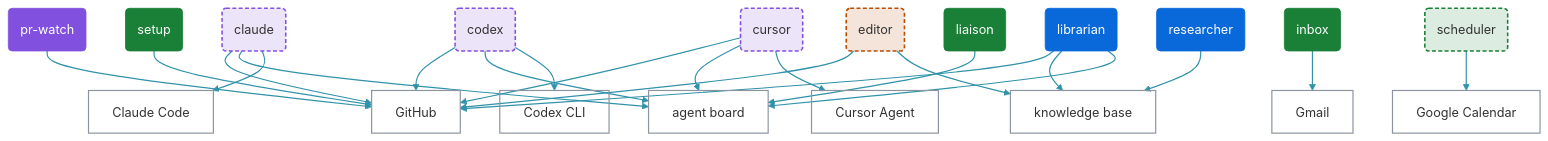
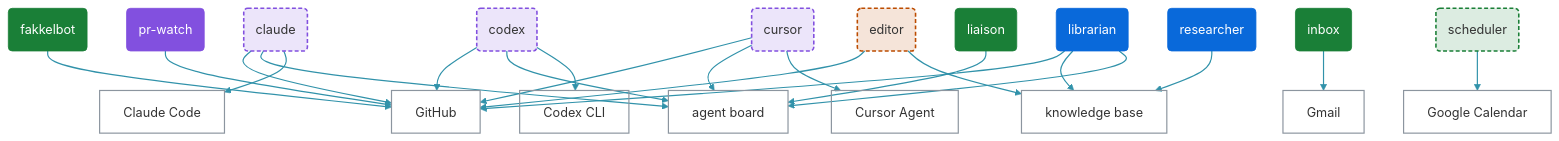
Before and after one commit to dfakkeldy/fakkelbot: the second of 2 diagrams in docs/bot-chart.md, drawn with Mermaid. The commit also changed other lines of this file and 31 other files, not shown here.

First line of the commit message:
feat: rename the setup bot to fakkelbot (#24)

````diff
--- a/docs/bot-chart.md
+++ b/docs/bot-chart.md
@@ -88,58 +88,58 @@
 ```mermaid
 %%{init: {"flowchart": {"curve": "basis"}}}%%
 flowchart TB
     bot_claude("claude")
     bot_codex("codex")
     bot_cursor("cursor")
     bot_editor("editor")
+    bot_fakkelbot("fakkelbot")
     bot_inbox("inbox")
     bot_liaison("liaison")
     bot_librarian("librarian")
     bot_pr_watch("pr-watch")
     bot_researcher("researcher")
     bot_scheduler("scheduler")
-    bot_setup("setup")
     sys_github["GitHub"]
     sys_kb["knowledge base"]
     sys_board["agent board"]
     sys_gmail["Gmail"]
     sys_gcal["Google Calendar"]
     sys_claude_cli["Claude Code"]
     sys_cursor_cli["Cursor Agent"]
     sys_codex_cli["Codex CLI"]
     bot_claude --> sys_github
     bot_claude --> sys_board
     bot_claude --> sys_claude_cli
     bot_codex --> sys_github
     bot_codex --> sys_board
     bot_codex --> sys_codex_cli
     bot_cursor --> sys_github
     bot_cursor --> sys_board
     bot_cursor --> sys_cursor_cli
     bot_editor --> sys_github
     bot_editor --> sys_kb
+    bot_fakkelbot --> sys_github
     bot_inbox --> sys_gmail
     bot_liaison --> sys_board
     bot_librarian --> sys_github
     bot_librarian --> sys_kb
     bot_librarian --> sys_board
     bot_pr_watch --> sys_github
     bot_researcher --> sys_kb
     bot_scheduler --> sys_gcal
-    bot_setup --> sys_github
     classDef builders_optional fill:#8250df26,stroke:#8250df,stroke-width:2px,stroke-dasharray:5 3
     class bot_claude,bot_codex,bot_cursor builders_optional
     classDef content_optional fill:#bc4c0026,stroke:#bc4c00,stroke-width:2px,stroke-dasharray:5 3
     class bot_editor content_optional
     classDef daily_life fill:#1a7f37,stroke:#1a7f37,color:#ffffff
-    class bot_inbox,bot_liaison,bot_setup daily_life
+    class bot_fakkelbot,bot_inbox,bot_liaison daily_life
     classDef work fill:#0969da,stroke:#0969da,color:#ffffff
     class bot_librarian,bot_researcher work
     classDef builders fill:#8250df,stroke:#8250df,color:#ffffff
     class bot_pr_watch builders
     classDef daily_life_optional fill:#1a7f3726,stroke:#1a7f37,stroke-width:2px,stroke-dasharray:5 3
     class bot_scheduler daily_life_optional
     classDef system fill:transparent,stroke:#8c959f,stroke-width:1.5px
     class sys_github,sys_kb,sys_board,sys_gmail,sys_gcal,sys_claude_cli,sys_cursor_cli,sys_codex_cli system
     linkStyle 0,1,2,3,4,5,6,7,8,9,10,11,12,13,14,15,16,17,18,19 stroke:#3192aa,stroke-width:1.5px
 ```
````
